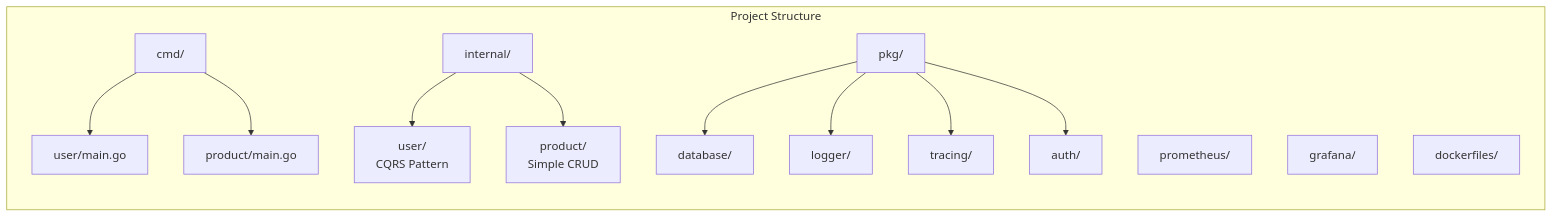
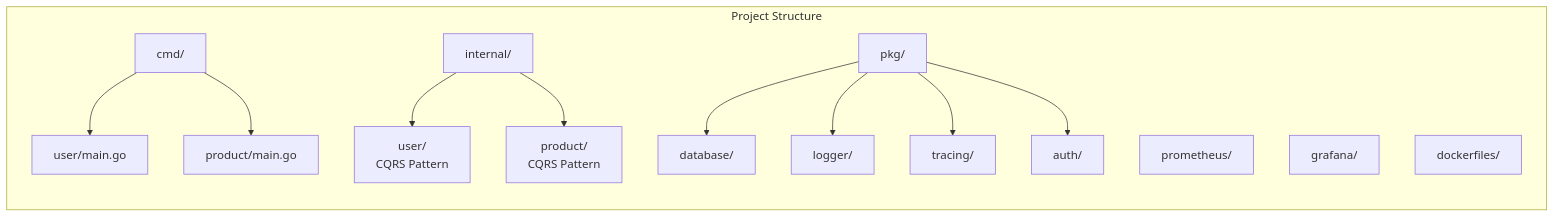
Before and after one commit to tiraten-bot/Full-Observability: the third of 9 diagrams in README.md, drawn with Mermaid. The commit also changed other lines of this file and 1 other file, not shown here.

Commit message:
docs: update README to include CQRS pattern details for Product Service and add product statistics endpoint to test script

````diff
--- a/README.md
+++ b/README.md
@@ -124,23 +126,23 @@
 ```mermaid
 graph LR
     subgraph "Project Structure"
         direction TB
         A[cmd/]
         B[internal/]
         C[pkg/]
         D[prometheus/]
         E[grafana/]
         F[dockerfiles/]
         
         A --> A1[user/main.go]
         A --> A2[product/main.go]
         
         B --> B1[user/<br/>CQRS Pattern]
-        B --> B2[product/<br/>Simple CRUD]
+        B --> B2[product/<br/>CQRS Pattern]
         
         C --> C1[database/]
         C --> C2[logger/]
         C --> C3[tracing/]
         C --> C4[auth/]
     end
 ```
````
